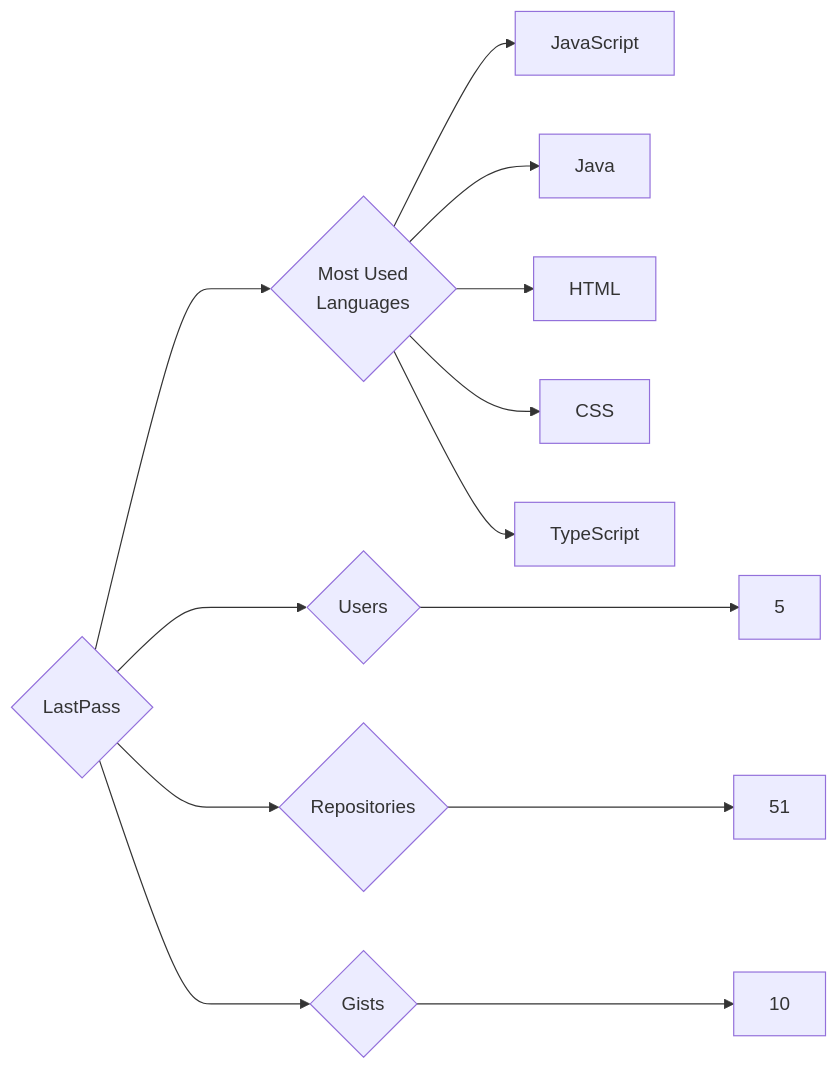
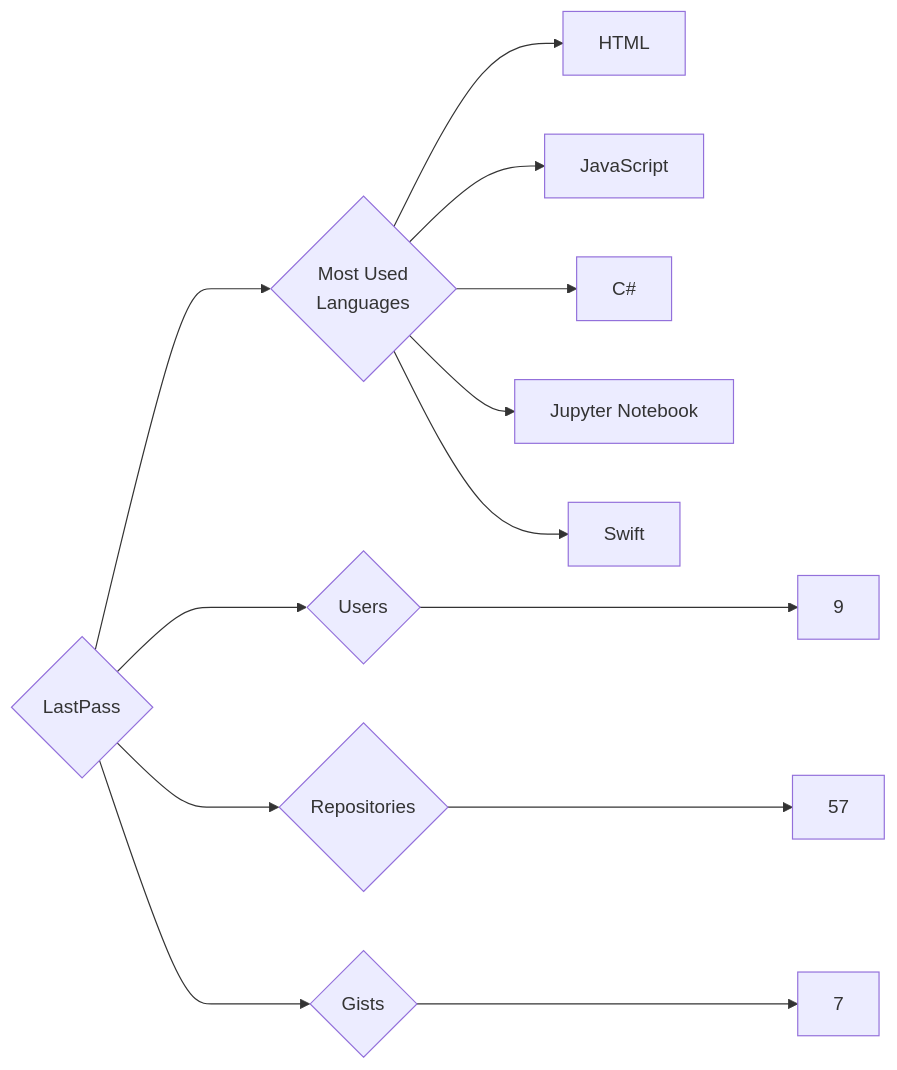
The diagram in targets/LastPass/README.md (trickest/insiders), drawn with Mermaid before and after one commit. The commit also changed 569 other files, not shown here.

````diff
--- a/targets/LastPass/README.md
+++ b/targets/LastPass/README.md
@@ -3,13 +3,13 @@
 ```mermaid
 graph LR
 COMPANY_NAME{LastPass}
-COMPANY_NAME ---> U{Users} ---> UN[5]
-COMPANY_NAME ---> R{Repositories} ---> RN[51]
-COMPANY_NAME ---> G{Gists} ---> GN[10]
+COMPANY_NAME ---> U{Users} ---> UN[9]
+COMPANY_NAME ---> R{Repositories} ---> RN[57]
+COMPANY_NAME ---> G{Gists} ---> GN[7]
 COMPANY_NAME ---> ML{Most Used<br>Languages}
+ML --> HTML[HTML]
 ML --> JavaScript[JavaScript]
-ML --> Java[Java]
-ML --> HTML[HTML]
-ML --> CSS[CSS]
-ML --> TypeScript[TypeScript]
+ML --> C#[C#]
+ML --> Jupyter_Notebook[Jupyter Notebook]
+ML --> Swift[Swift]
 ```
````
